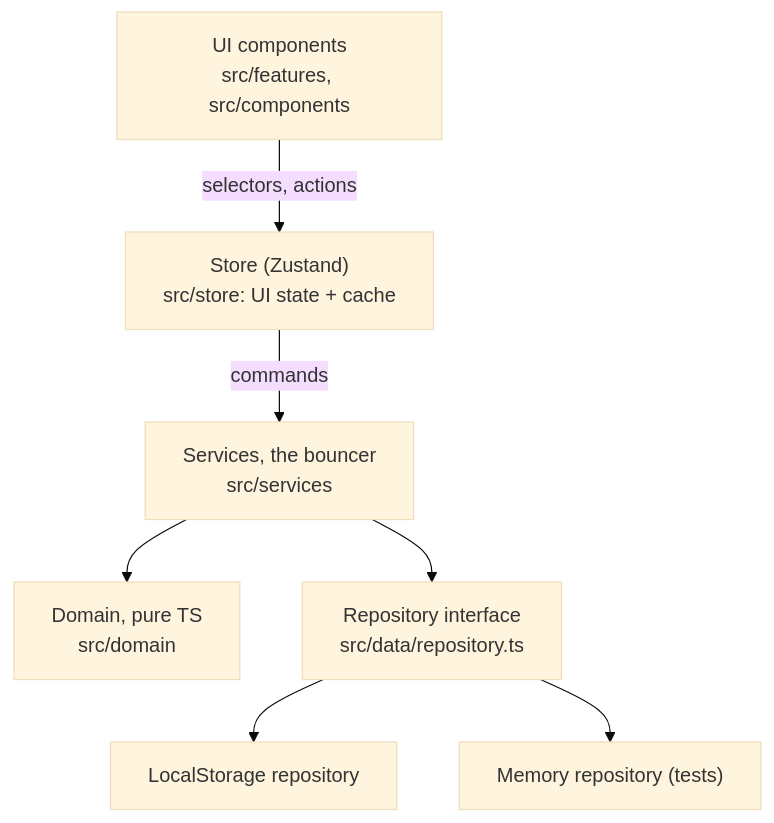
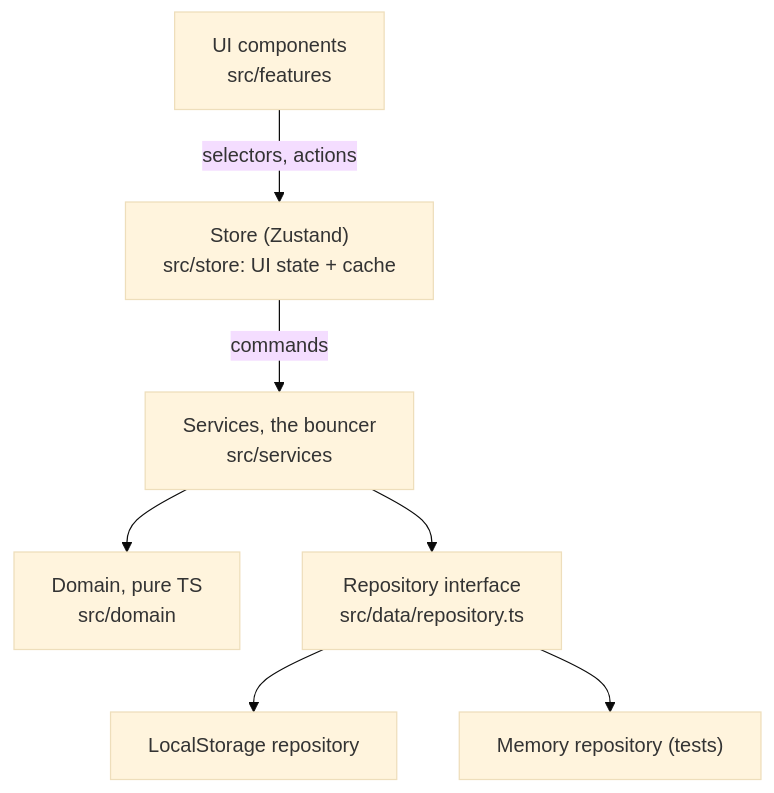
Before and after one commit to NaluKicks-808/minisign-app: the diagram in WRITEUP.md, drawn with Mermaid (base theme). The commit also changed other lines of this file and 2 other files, not shown here.

````diff
--- a/WRITEUP.md
+++ b/WRITEUP.md
@@ -29,9 +29,9 @@
 ```mermaid
 flowchart TD
-  UI["UI components<br/>src/features, src/components"] -->|selectors, actions| Store["Store (Zustand)<br/>src/store: UI state + cache"]
+  UI["UI components<br/>src/features"] -->|selectors, actions| Store["Store (Zustand)<br/>src/store: UI state + cache"]
   Store -->|commands| Services["Services, the bouncer<br/>src/services"]
   Services --> Domain["Domain, pure TS<br/>src/domain"]
   Services --> Repo["Repository interface<br/>src/data/repository.ts"]
   Repo --> LS["LocalStorage repository"]
   Repo --> Mem["Memory repository (tests)"]
 ```
````
